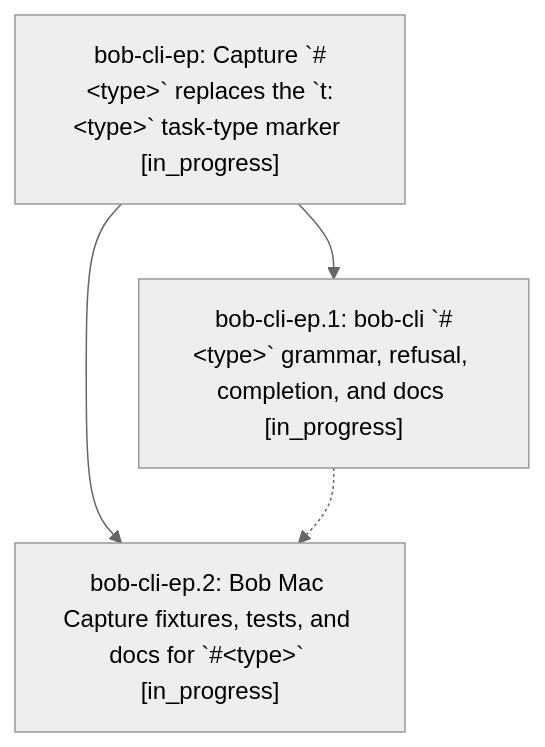
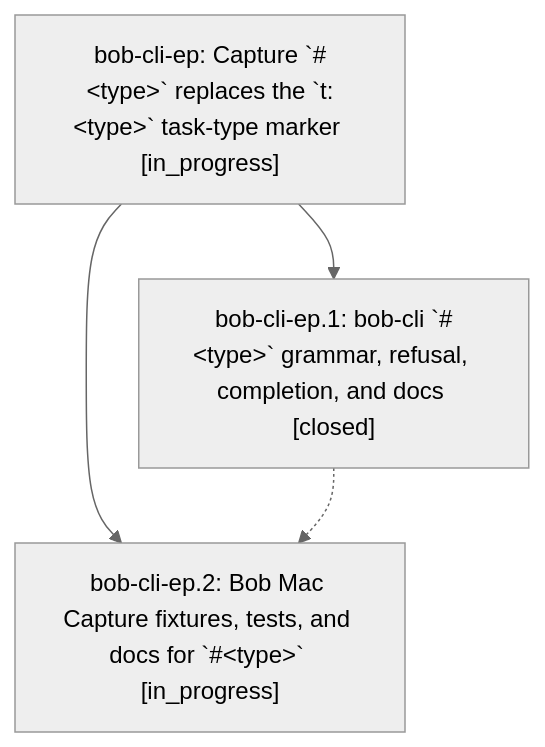
One commit to bobs-org/bob-cli--beads changed the diagram in pages/bob-cli-ep/README.md. Above: the diagram before and after it, drawn with Mermaid (neutral theme). The commit also changed other lines of this file and 2 other files, not shown here.

First line of the commit message:
chore(beads): sync bead state and pages for bob-cli-ep

````diff
--- a/pages/bob-cli-ep/README.md
+++ b/pages/bob-cli-ep/README.md
@@ -35,9 +35,9 @@
 ```mermaid
 flowchart TD
     n0["bob-cli-ep: Capture `#&lt;type&gt;` replaces the `t:&lt;type&gt;` task-type marker [in_progress]"]
-    n1["bob-cli-ep.1: bob-cli `#&lt;type&gt;` grammar, refusal, completion, and docs [in_progress]"]
+    n1["bob-cli-ep.1: bob-cli `#&lt;type&gt;` grammar, refusal, completion, and docs [closed]"]
     n2["bob-cli-ep.2: Bob Mac Capture fixtures, tests, and docs for `#&lt;type&gt;` [in_progress]"]
     n0 --> n1
     n0 --> n2
     n1 -.-> n2
 ```
````
